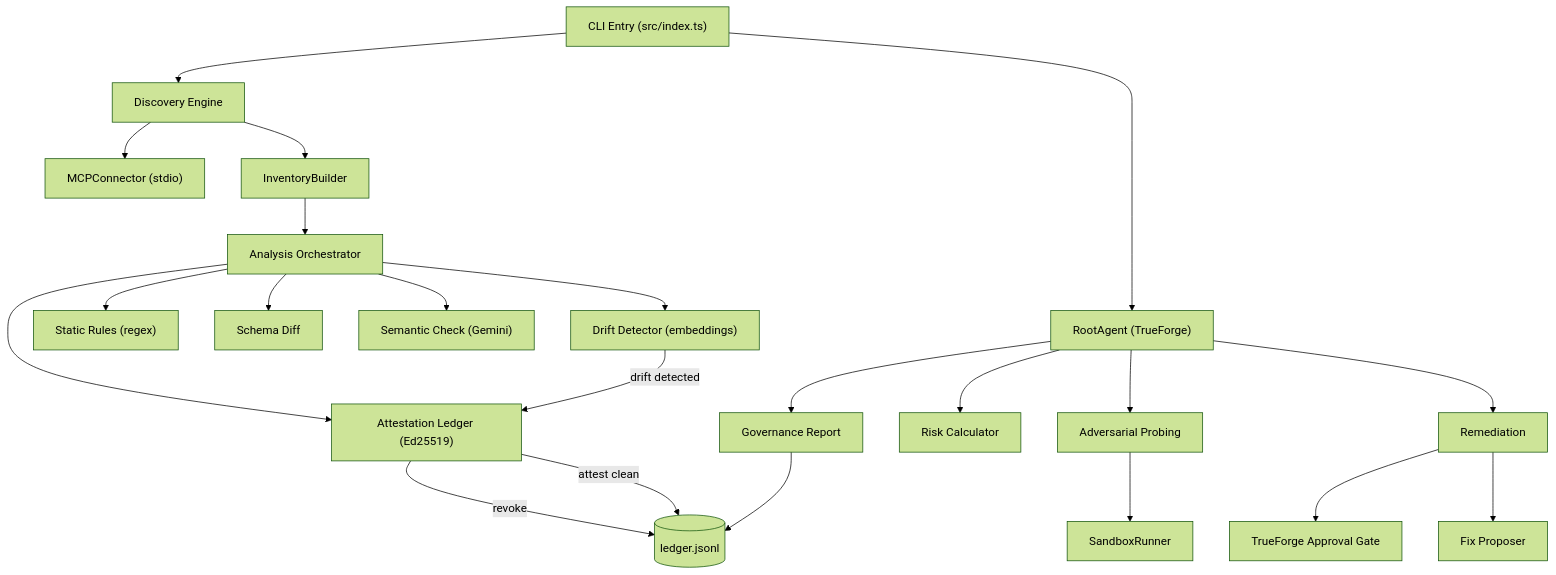
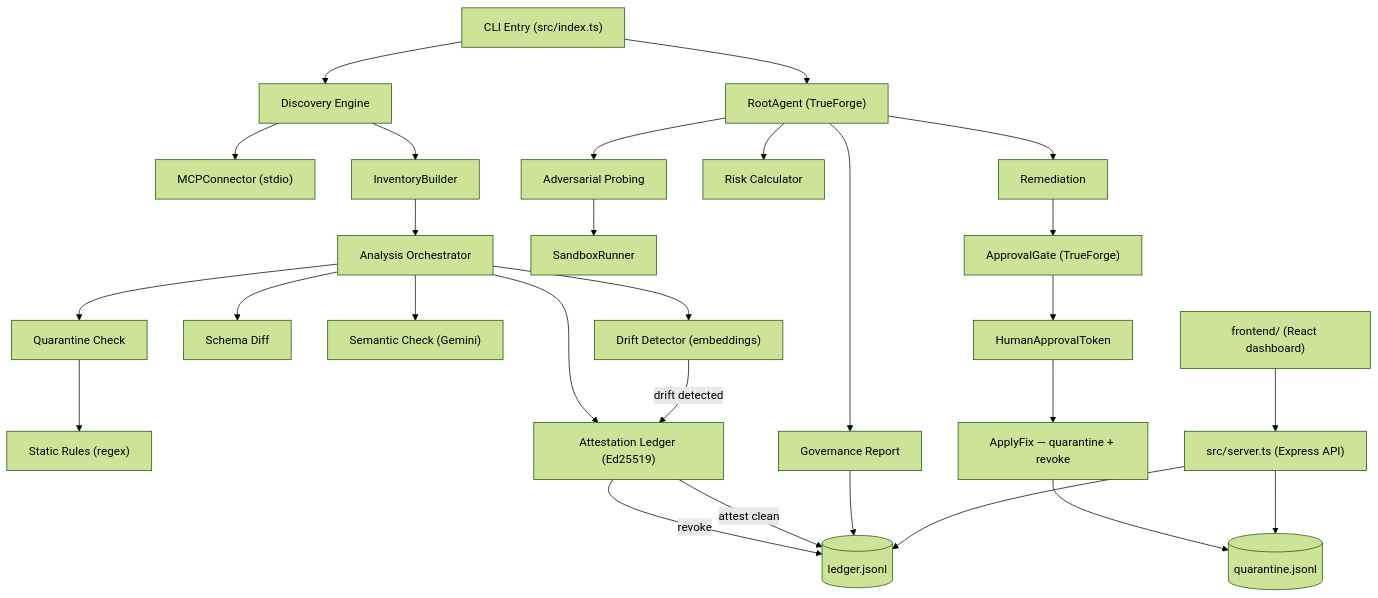
Before and after one commit to dharshansri2007/Odezzy-Ai: the diagram in README.md, drawn with Mermaid (forest theme). The commit also changed other lines of this file, not shown here.

````diff
--- a/README.md
+++ b/README.md
@@ -27,31 +31,38 @@
 ```mermaid
 graph TD
     CLI["CLI Entry (src/index.ts)"] --> DISC["Discovery Engine"]
     CLI --> AGENT["RootAgent (TrueForge)"]
-    
+
     DISC --> CONN["MCPConnector (stdio)"]
     DISC --> INV["InventoryBuilder"]
-    
+
     INV --> ANALYSIS["Analysis Orchestrator"]
-    
-    ANALYSIS --> STATIC["Static Rules (regex)"]
+
+    ANALYSIS --> QCHECK["Quarantine Check"]
+    QCHECK --> STATIC["Static Rules (regex)"]
     ANALYSIS --> SCHEMA["Schema Diff"]
     ANALYSIS --> SEMANTIC["Semantic Check (Gemini)"]
     ANALYSIS --> DRIFT["Drift Detector (embeddings)"]
     ANALYSIS --> ATTEST["Attestation Ledger (Ed25519)"]
-    
+
     DRIFT -->|drift detected| ATTEST
     ATTEST -->|revoke| LEDGER[("ledger.jsonl")]
     ATTEST -->|attest clean| LEDGER
-    
+
     AGENT --> PROBE["Adversarial Probing"]
     PROBE --> SANDBOX["SandboxRunner"]
-    
+
     AGENT --> SCORE["Risk Calculator"]
     AGENT --> REMED["Remediation"]
-    REMED --> GATE["TrueForge Approval Gate"]
-    REMED --> FIX["Fix Proposer"]
-    
+    REMED --> GATE["ApprovalGate (TrueForge)"]
+    GATE --> TOKEN["HumanApprovalToken"]
+    TOKEN --> APPLY["ApplyFix — quarantine + revoke"]
+    APPLY --> QLEDGER[("quarantine.jsonl")]
+
     AGENT --> REPORT["Governance Report"]
     REPORT --> LEDGER
+
+    API["src/server.ts (Express API)"] --> LEDGER
+    API --> QLEDGER
+    FRONTEND["frontend/ (React dashboard)"] --> API
 ```
````
